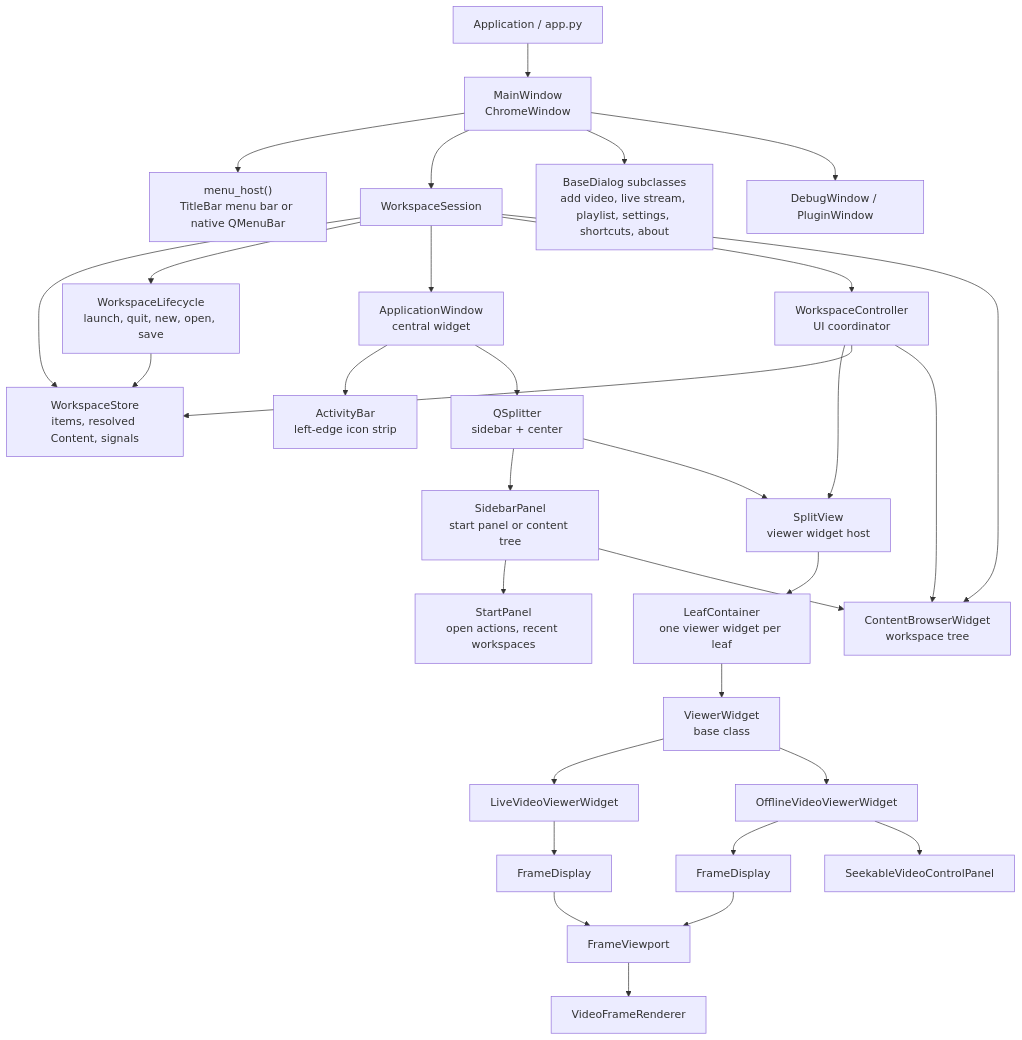
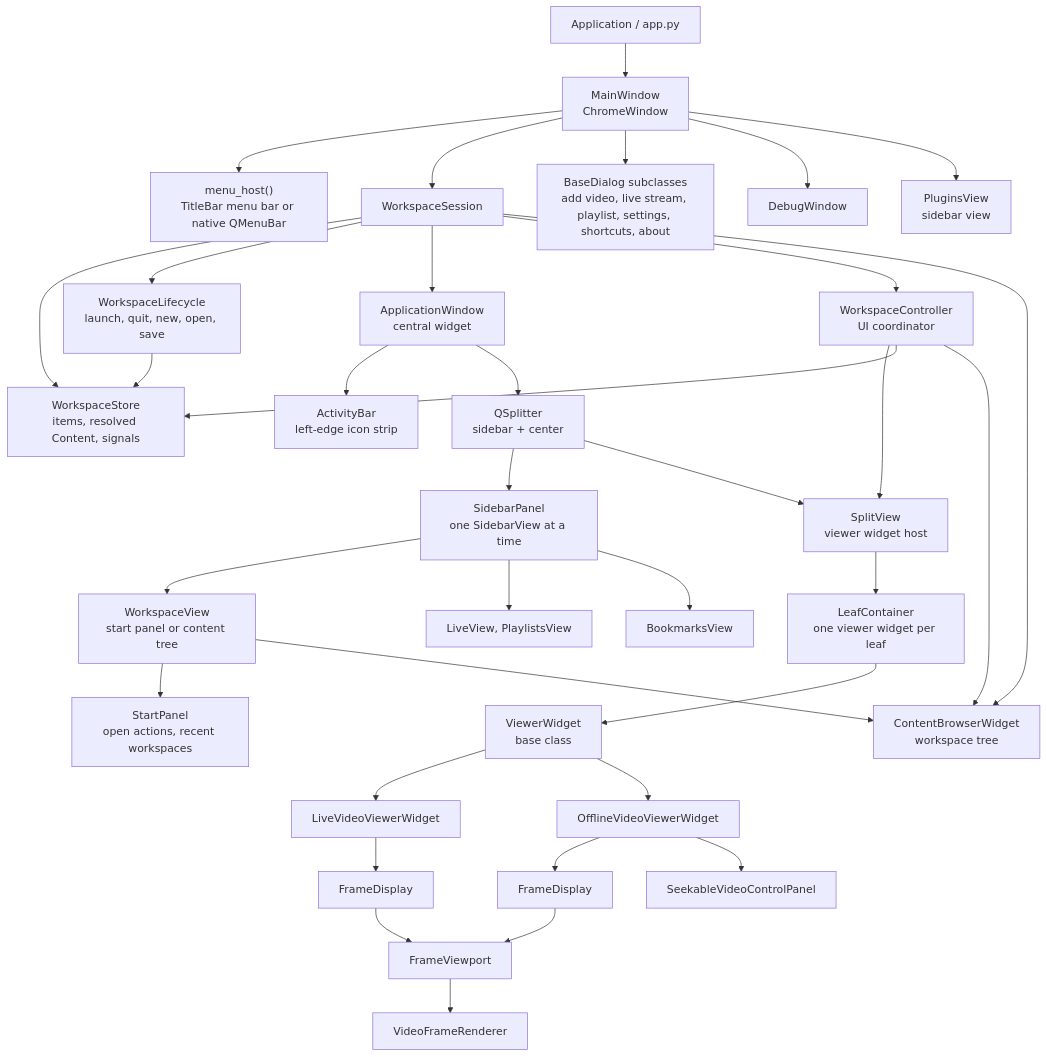
The first of 3 diagrams in docs/architecture/ui-framework.md (RasmusRynell/ax-devil), drawn with Mermaid before and after one commit. The commit also changed other lines of this file and 9 other files, not shown here.

Commit message:
docs: describe sidebar views, the Plugins view and rescan; show the new views in the UI screenshots

````diff
--- a/docs/architecture/ui-framework.md
+++ b/docs/architecture/ui-framework.md
@@ -7,38 +7,42 @@
 ```mermaid
 flowchart TD
     App["Application / app.py"] --> MainWindow["MainWindow<br/>ChromeWindow"]
     MainWindow --> MenuHost["menu_host()<br/>TitleBar menu bar or native QMenuBar"]
     MainWindow --> WorkspaceSession["WorkspaceSession"]
     MainWindow --> Dialogs["BaseDialog subclasses<br/>add video, live stream, playlist, settings, shortcuts, about"]
-    MainWindow --> DebugWindows["DebugWindow / PluginWindow"]
+    MainWindow --> DebugWindows["DebugWindow"]
+    MainWindow --> PluginsView["PluginsView<br/>sidebar view"]
 
     WorkspaceSession --> WorkspaceStore["WorkspaceStore<br/>items, resolved Content, signals"]
     WorkspaceSession --> WorkspaceLifecycle["WorkspaceLifecycle<br/>launch, quit, new, open, save"]
     WorkspaceLifecycle --> WorkspaceStore
     WorkspaceSession --> ApplicationWindow["ApplicationWindow<br/>central widget"]
     WorkspaceSession --> WorkspaceController["WorkspaceController<br/>UI coordinator"]
     WorkspaceSession --> ContentBrowser["ContentBrowserWidget<br/>workspace tree"]
 
     ApplicationWindow --> ActivityBar["ActivityBar<br/>left-edge icon strip"]
     ApplicationWindow --> HorizontalSplitter["QSplitter<br/>sidebar + center"]
-    HorizontalSplitter --> SidebarPanel["SidebarPanel<br/>start panel or content tree"]
-    SidebarPanel --> StartPanel["StartPanel<br/>open actions, recent workspaces"]
-    SidebarPanel --> ContentBrowser
+    HorizontalSplitter --> SidebarPanel["SidebarPanel<br/>one SidebarView at a time"]
+    SidebarPanel --> WorkspaceView["WorkspaceView<br/>start panel or content tree"]
+    WorkspaceView --> StartPanel["StartPanel<br/>open actions, recent workspaces"]
+    WorkspaceView --> ContentBrowser
+    SidebarPanel --> SourceViews["LiveView, PlaylistsView"]
+    SidebarPanel --> BookmarksView
     HorizontalSplitter --> SplitView["SplitView<br/>viewer widget host"]
 
     WorkspaceController --> SplitView
     WorkspaceController --> WorkspaceStore
     WorkspaceController --> ContentBrowser
 
     SplitView --> LeafContainer["LeafContainer<br/>one viewer widget per leaf"]
     LeafContainer --> ViewerWidget["ViewerWidget<br/>base class"]
     ViewerWidget --> LiveViewer["LiveVideoViewerWidget"]
     ViewerWidget --> OfflineViewer["OfflineVideoViewerWidget"]
 
     LiveViewer --> LiveDisplay["FrameDisplay"]
     OfflineViewer --> OfflineDisplay["FrameDisplay"]
     OfflineViewer --> SeekControls["SeekableVideoControlPanel"]
     LiveDisplay --> FrameViewport
     OfflineDisplay --> FrameViewport
     FrameViewport --> Renderer["VideoFrameRenderer"]
 ```
````
